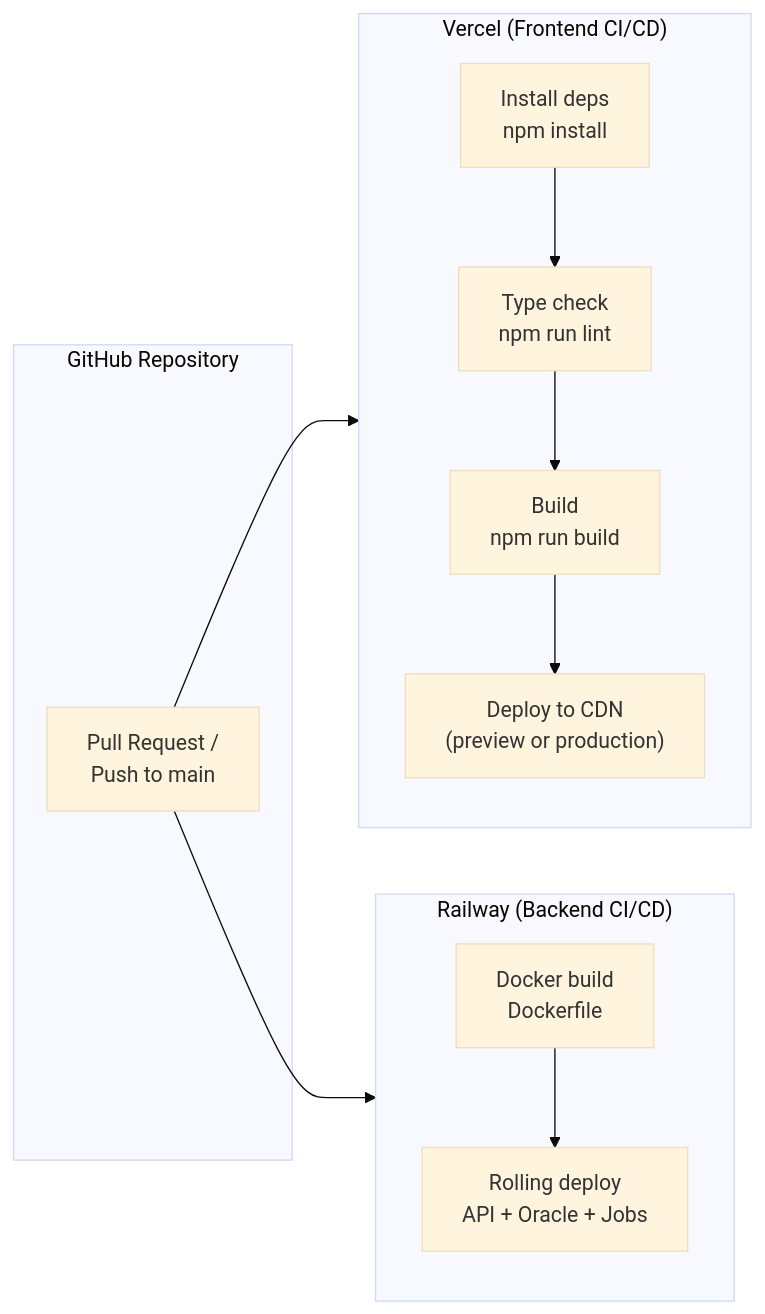
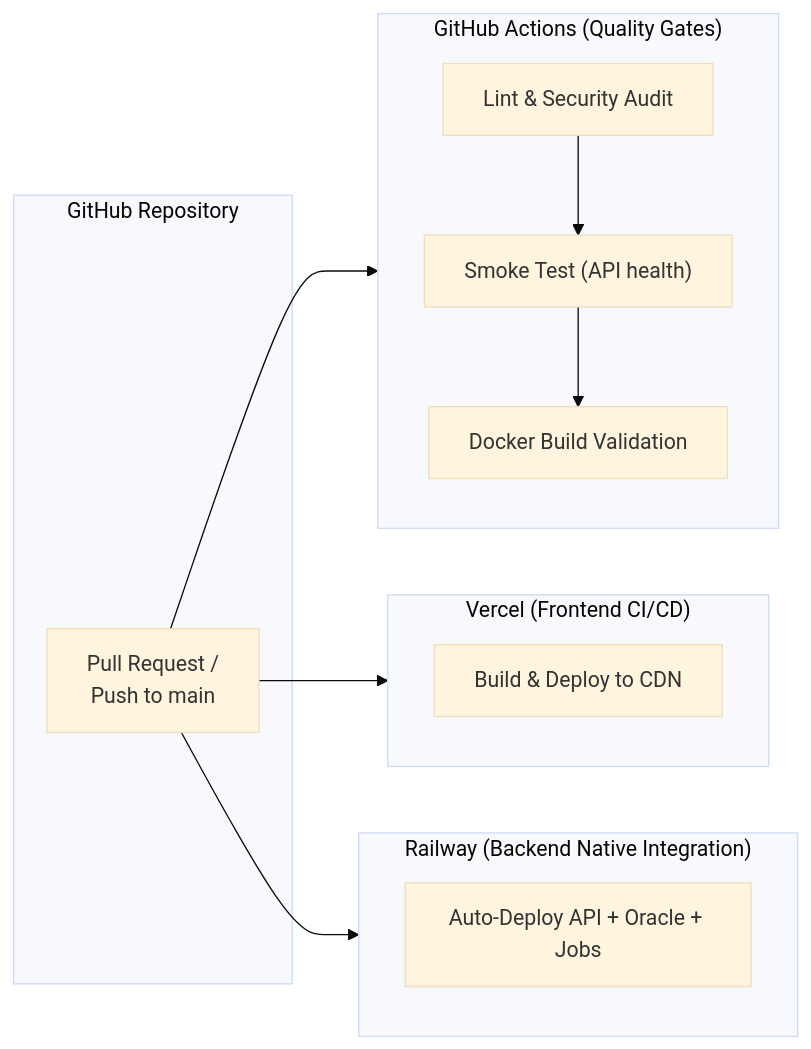
One commit to AdityaWagh19/Credencia changed the ninth of 9 diagrams in README.md. Above: the diagram before and after it, drawn with Mermaid (base theme).

Commit message:
docs: update ci/cd pipeline flowchart

````diff
--- a/README.md
+++ b/README.md
@@ -518,23 +518,25 @@
 ```mermaid
 flowchart LR
     subgraph GitHub["GitHub Repository"]
         PR["Pull Request /\nPush to main"]
     end
 
-    subgraph VercelCI["Vercel (Frontend CI/CD)"]
-        VB["Install deps\nnpm install"]
-        VT["Type check\nnpm run lint"]
-        VBuild["Build\nnpm run build"]
-        VDeploy["Deploy to CDN\n(preview or production)"]
-        VB --> VT --> VBuild --> VDeploy
+    subgraph GitHubActions["GitHub Actions (Quality Gates)"]
+        GLint["Lint & Security Audit"]
+        GSmoke["Smoke Test (API health)"]
+        GDocker["Docker Build Validation"]
+        GLint --> GSmoke --> GDocker
     end
 
-    subgraph RailwayCI["Railway (Backend CI/CD)"]
-        RB["Docker build\nDockerfile"]
-        RDeploy["Rolling deploy\nAPI + Oracle + Jobs"]
-        RB --> RDeploy
+    subgraph VercelCI["Vercel (Frontend CI/CD)"]
+        VBuild["Build & Deploy to CDN"]
     end
 
+    subgraph RailwayCI["Railway (Backend Native Integration)"]
+        RDeploy["Auto-Deploy API + Oracle + Jobs"]
+    end
+
+    PR --> GitHubActions
     PR --> VercelCI
     PR --> RailwayCI
 ```
````
